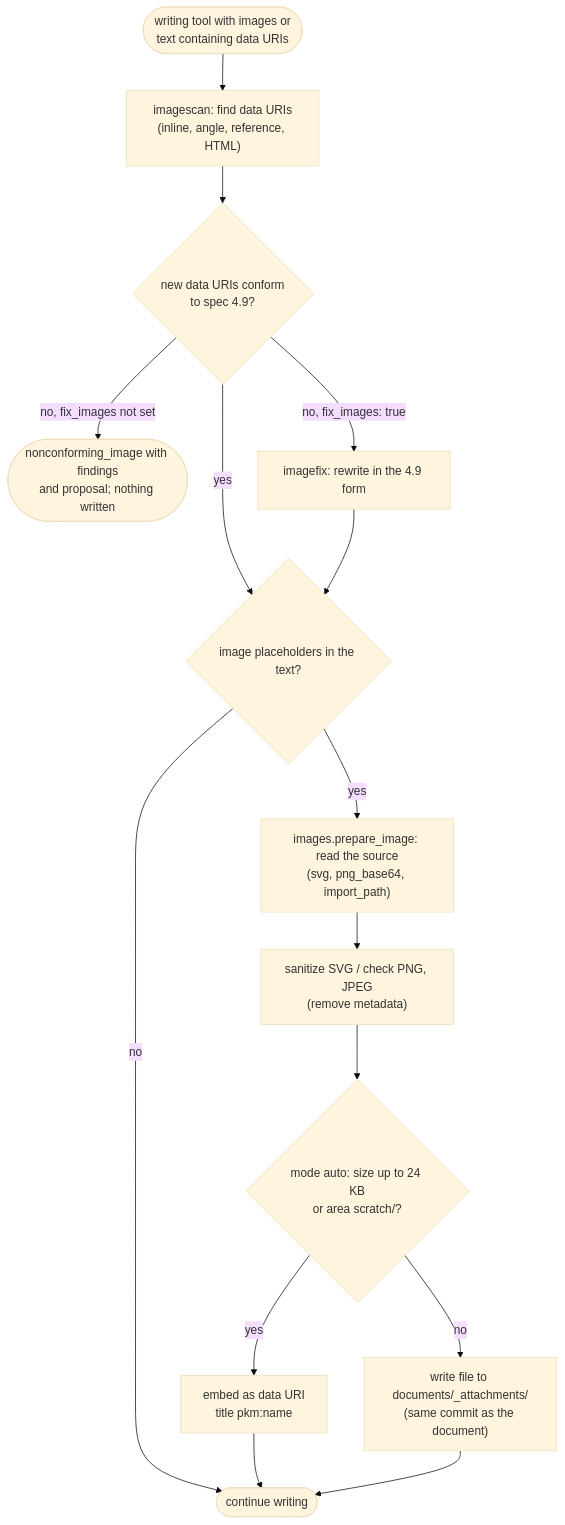
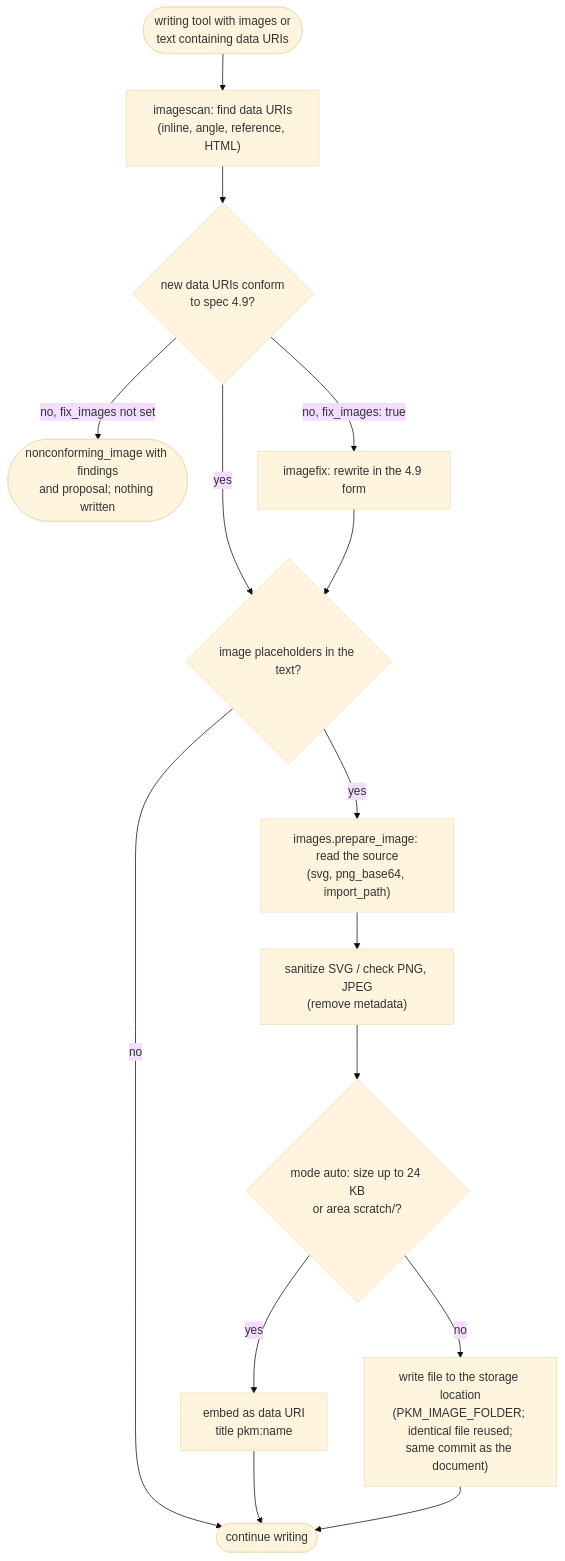
Diagram 21 of 22 in docs/architecture.md (achim0x/pkm-llm-wiki), drawn with Mermaid (base theme) before and after one commit. The commit also changed other lines of this file and 8 other files, not shown here.

````diff
--- a/docs/architecture.md
+++ b/docs/architecture.md
@@ -824,17 +824,17 @@
 ```mermaid
 flowchart TD
     A(["writing tool with images or<br/>text containing data URIs"]) --> B["imagescan: find data URIs<br/>(inline, angle, reference, HTML)"]
     B --> C{"new data URIs conform<br/>to spec 4.9?"}
     C -- "no, fix_images not set" --> X(["nonconforming_image with findings<br/>and proposal; nothing written"])
     C -- "no, fix_images: true" --> FX["imagefix: rewrite in the 4.9 form"]
     C -- "yes" --> P
     FX --> P{"image placeholders in the text?"}
     P -- "no" --> W(["continue writing"])
     P -- "yes" --> S["images.prepare_image: read the source<br/>(svg, png_base64, import_path)"]
     S --> CH["sanitize SVG / check PNG, JPEG<br/>(remove metadata)"]
     CH --> M{"mode auto: size up to 24 KB<br/>or area scratch/?"}
     M -- "yes" --> IN["embed as data URI<br/>title pkm:name"]
-    M -- "no" --> FI["write file to documents/_attachments/<br/>(same commit as the document)"]
+    M -- "no" --> FI["write file to the storage location<br/>(PKM_IMAGE_FOLDER; identical file reused;<br/>same commit as the document)"]
     IN --> W
     FI --> W
 ```
````
